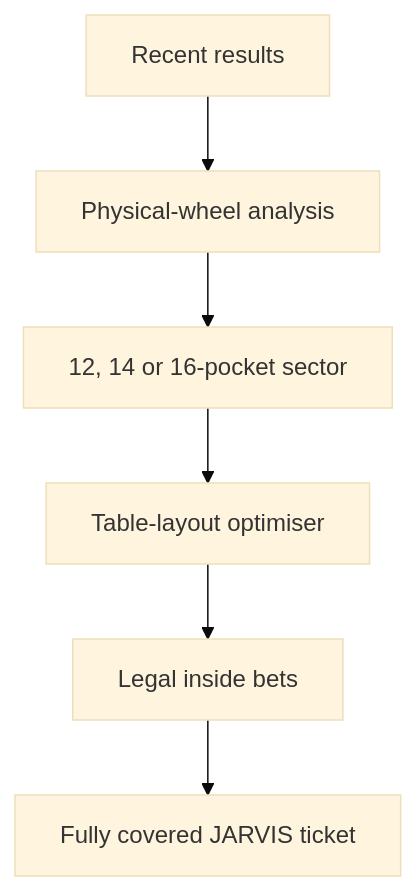
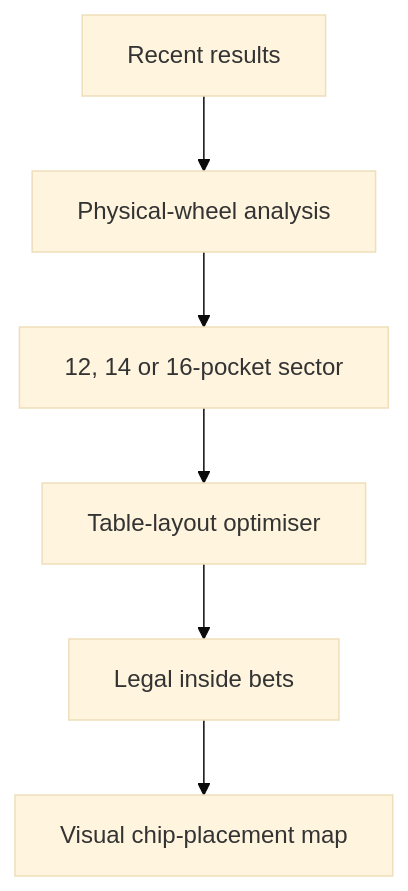
Before and after one commit to marcmonferrer/roulette-jarvis: the diagram in README.md, drawn with Mermaid (base theme). The commit also changed other lines of this file, not shown here.

Commit message:
Document visual roulette table and chip placement

````diff
--- a/README.md
+++ b/README.md
@@ -47,8 +68,8 @@
 ```mermaid
 flowchart TD
     A["Recent results"] --> B["Physical-wheel analysis"]
     B --> C["12, 14 or 16-pocket sector"]
     C --> D["Table-layout optimiser"]
     D --> E["Legal inside bets"]
-    E --> F["Fully covered JARVIS ticket"]
+    E --> F["Visual chip-placement map"]
 ```
````
